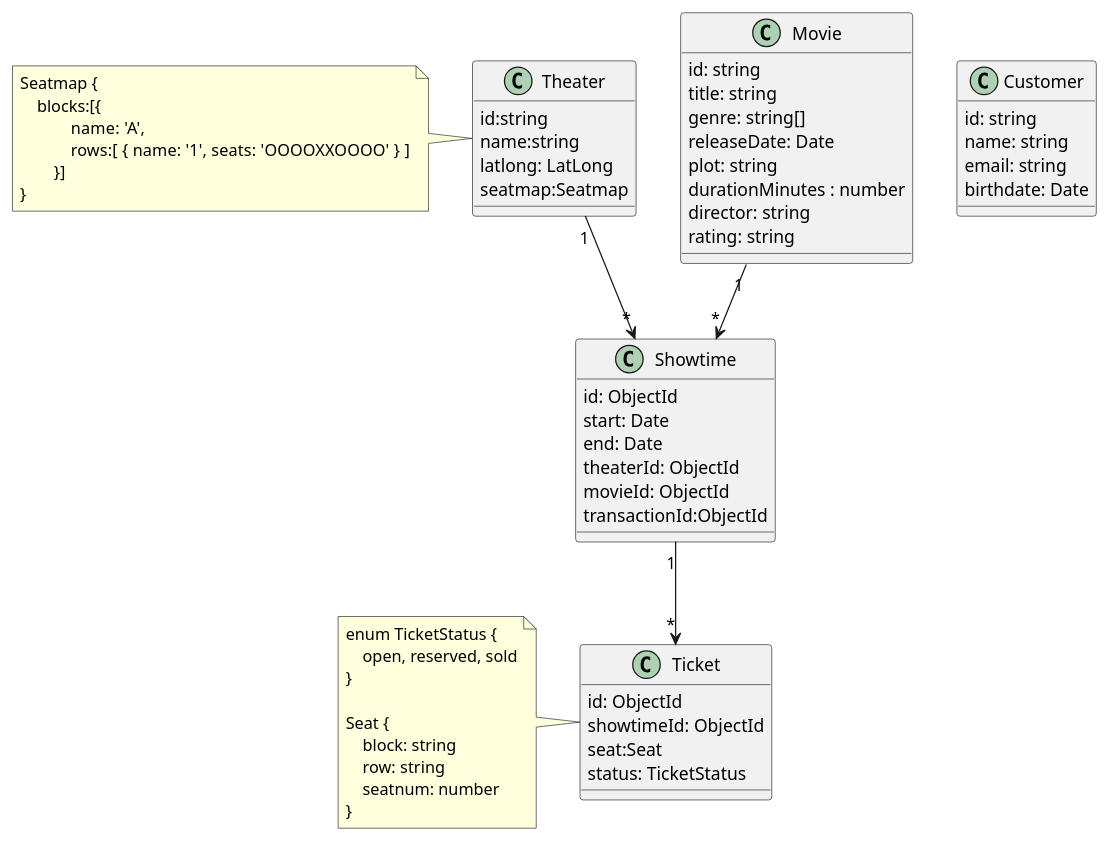
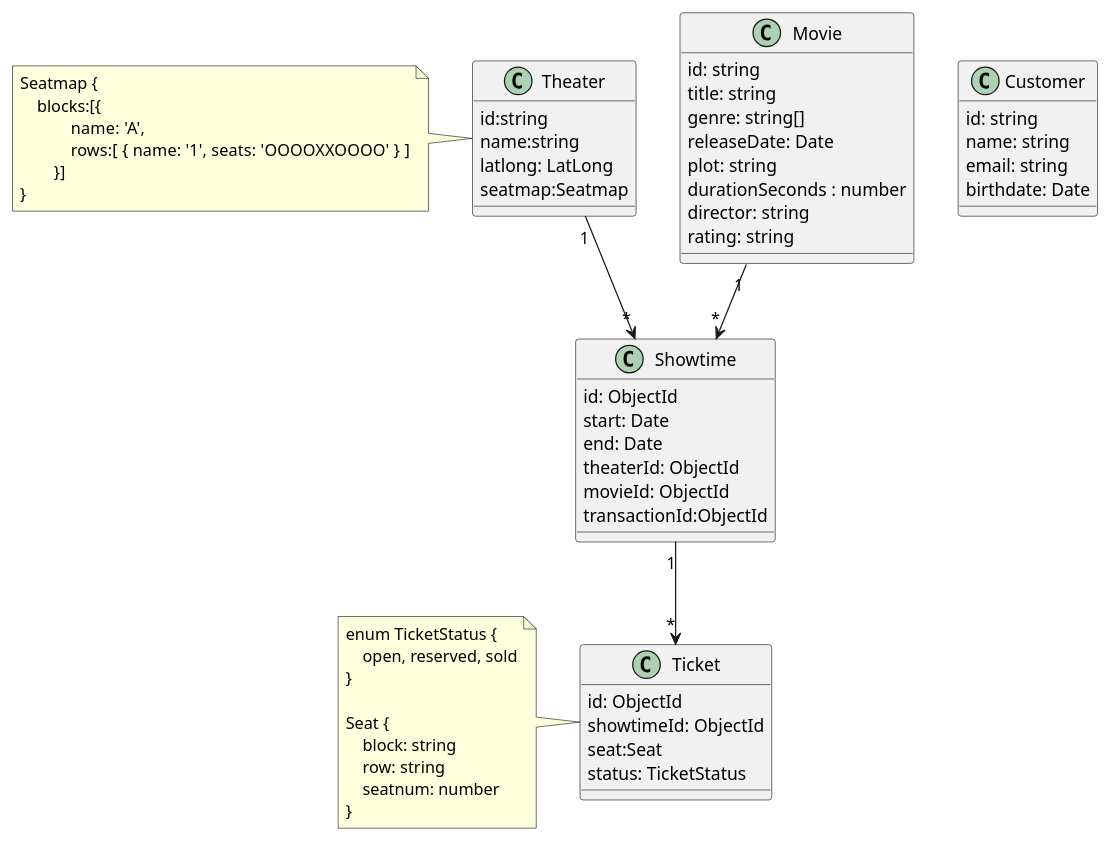
Before and after one commit to songminkyu/nest-msa: the diagram in docs/en/designs/entities.md, drawn with PlantUML. The commit also changed 14 other files, not shown here.

Commit message:
refactor: rename durationMinutes to durationSeconds for consistency across movie and showtime entities

````diff
--- a/docs/en/designs/entities.md
+++ b/docs/en/designs/entities.md
@@ -15,68 +15,68 @@
 ```plantuml
 @startuml
 class Customer {
     id: string
     name: string
     email: string
     birthdate: Date
 }
 
 class Movie {
     id: string
     title: string
     genre: string[]
     releaseDate: Date
     plot: string
-    durationMinutes : number
+    durationSeconds : number
     director: string
     rating: string
 }
 
 class Theater{
     id:string
     name:string
     latlong: LatLong
     seatmap:Seatmap
 }
 note left
 Seatmap {
     blocks:[{
             name: 'A',
             rows:[ {  name: '1', seats: 'OOOOXXOOOO' } ]
         }]
 }
 end note
 
 class Showtime {
     id: ObjectId
     start: Date
     end: Date
     theaterId: ObjectId
     movieId: ObjectId
     transactionId:ObjectId
 }
 
 class Ticket {
     id: ObjectId
     showtimeId: ObjectId
     seat:Seat
     status: TicketStatus
 }
 
 note left
 enum TicketStatus {
     open, reserved, sold
 }
 
 Seat {
     block: string
     row: string
     seatnum: number
 }
 end note
 
 Showtime "1" --> "*" Ticket
 Movie "1" --> "*" Showtime
 Theater "1" --> "*" Showtime
 @enduml
 ```
````
